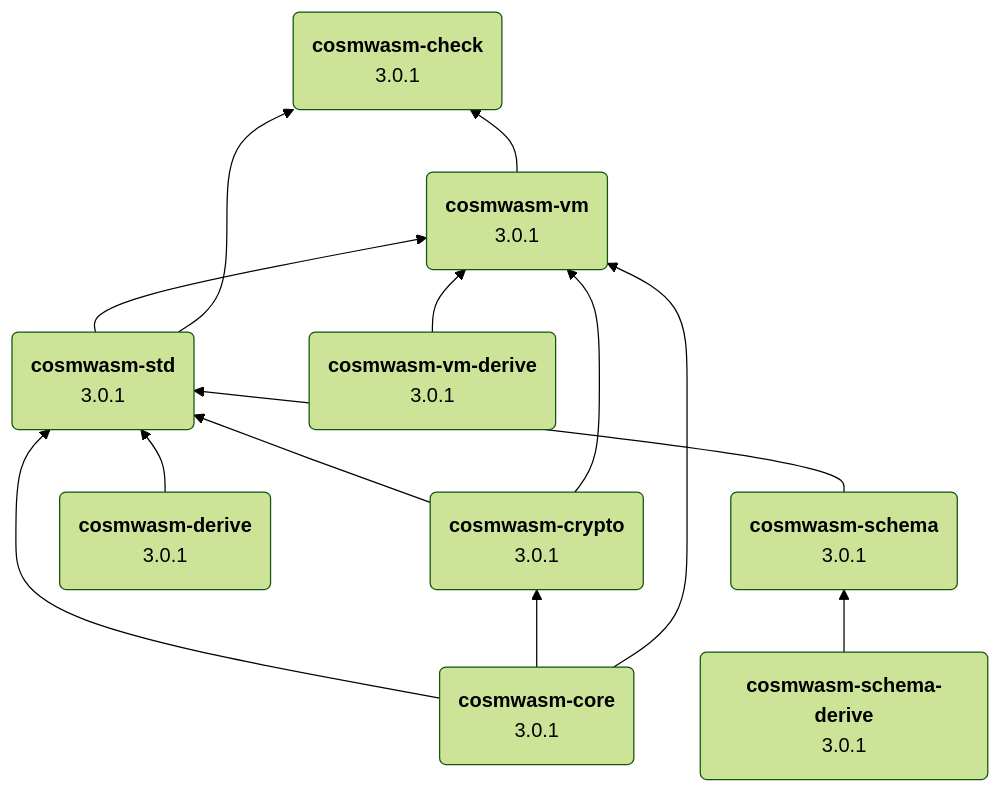
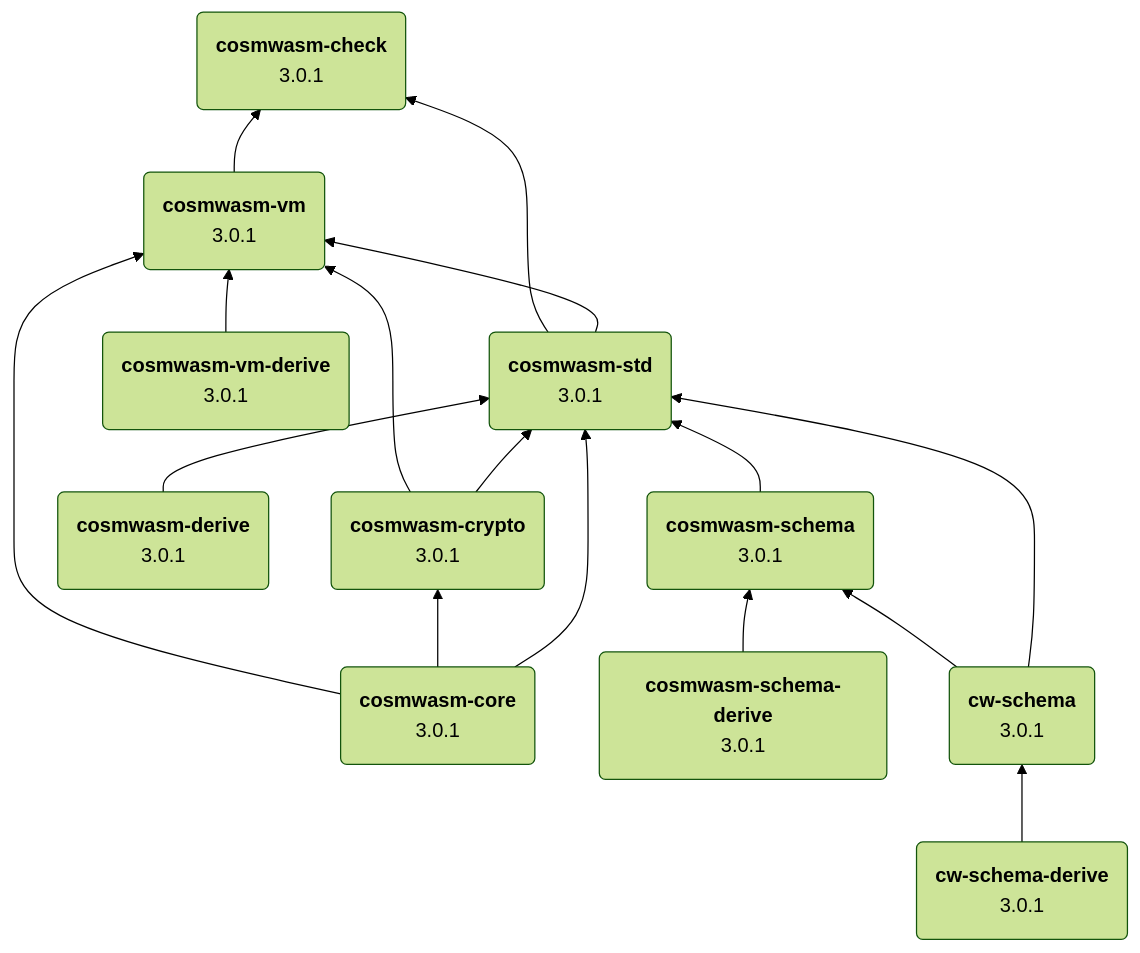
One commit to CosmWasm/cosmwasm changed the diagram in README.md. Above: the diagram before and after it, drawn with Mermaid. The commit also changed other lines of this file, not shown here.

````diff
--- a/README.md
+++ b/README.md
@@ -46,47 +71,56 @@
 ```mermaid
 ---
 config:
   theme: 'forest'
 ---
 
 graph BT
     A("`**cosmwasm-core**
         3.0.1`")
-        
+ 
     B("`**cosmwasm-std**
         3.0.1`")
-            
+ 
     C("`**cosmwasm-crypto**
         3.0.1`")
         
     D("`**cosmwasm-vm**
         3.0.1`")
         
-    F("`**cosmwasm-vm-derive**
+    E("`**cosmwasm-vm-derive**
         3.0.1`")
         
-    G("`**cosmwasm-derive**
+    F("`**cosmwasm-derive**
         3.0.1`")    
         
-    J("`**cosmwasm-schema**
+    G("`**cosmwasm-schema**
         3.0.1`")
 
-    K("`**cosmwasm-schema-derive**
+    H("`**cosmwasm-schema-derive**
         3.0.1`")
         
-    L("`**cosmwasm-check**
+    I("`**cosmwasm-check**
+        3.0.1`")
+        
+    J("`**cw-schema**
+        3.0.1`")
+
+    K("`**cw-schema-derive**
         3.0.1`")
         
     A --> B
     A --> C
     A --> D
     C --> B
     C --> D
     B --> D
-    F --> D
+    E --> D
+    F --> B
+    H --> G
+    B --> I
+    D --> I
     G --> B
+    J --> B
+    J --> G
     K --> J
-    B --> L
-    D --> L
-    J --> B
 ```
````
